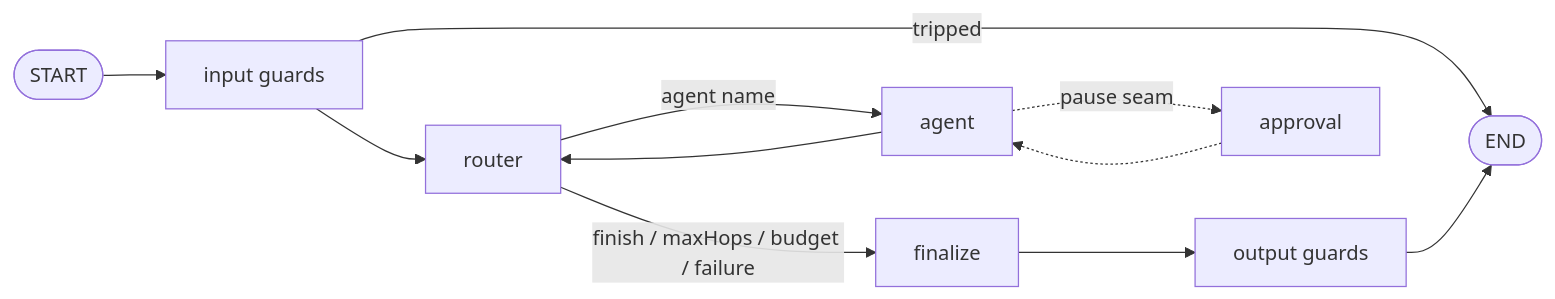
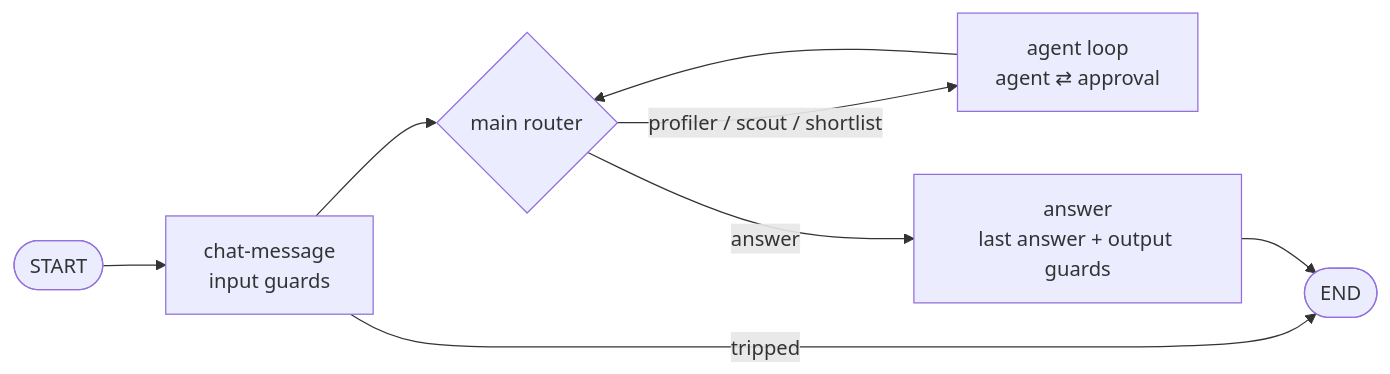
Before and after one commit to PavelRavvich/agbossjs: the diagram in Architecture.md, drawn with Mermaid. The commit also changed other lines of this file and 14 other files, not shown here.

Commit message:
docs(#116): job-scout on the flow graph — Workflow, Routers, ADR-0014; hub, routers and budget removed across pages

````diff
--- a/Architecture.md
+++ b/Architecture.md
@@ -6,11 +10,9 @@
 ```mermaid
 flowchart LR
-  S([START]) --> IG[input guards]
-  IG -- tripped --> E([END])
-  IG --> R[router]
-  R -- agent name --> A[agent]
+  S([START]) --> CE[chat-message<br/>input guards]
+  CE -- tripped --> E([END])
+  CE --> R{main router}
+  R -- profiler / scout / shortlist --> A[agent loop<br/>agent ⇄ approval]
   A --> R
-  R -- finish / maxHops / budget / failure --> F[finalize]
-  F --> OG[output guards] --> E
-  A -. pause seam .-> P[approval] -.-> A
+  R -- answer --> C[answer<br/>last answer + output guards] --> E
 ```
````
